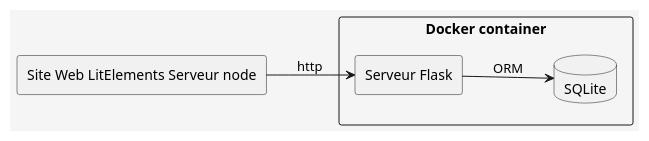
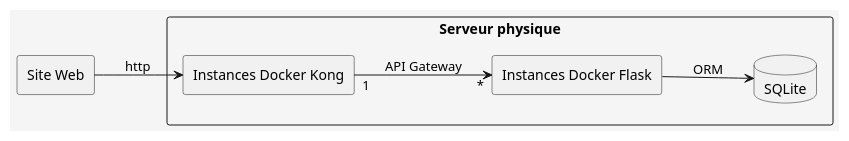
The diagram in documentation/UML/Deploiement/BlockViewLevel1.puml (ErwanDerrien/GestionnaireMagasin), drawn with PlantUML before and after one commit. The commit also changed 14 other files, not shown here.

```diff
--- a/documentation/UML/Deploiement/BlockViewLevel1.puml
+++ b/documentation/UML/Deploiement/BlockViewLevel1.puml
@@ -1,21 +1,22 @@
 @startuml Niveau1
 left to right direction
 
 skinparam {
   BackgroundColor #F5F5F5
   ComponentBorderColor #333
   ComponentFontColor #333
 }
 
-rectangle "Docker container" {
-  rectangle "Serveur Flask" as sf
+rectangle "Serveur physique" {
+  rectangle "Instances Docker Kong" as sk
+  rectangle "Instances Docker Flask" as sf
   database "SQLite" as db
 }
 
+rectangle "Site Web" as ui
 
-rectangle "Site Web LitElements Serveur node" as ui
-
+ui --> sk : http
+sk "1" --> "*" sf : API Gateway
 sf --> db : ORM
-ui --> sf : http
 
 @enduml
```
